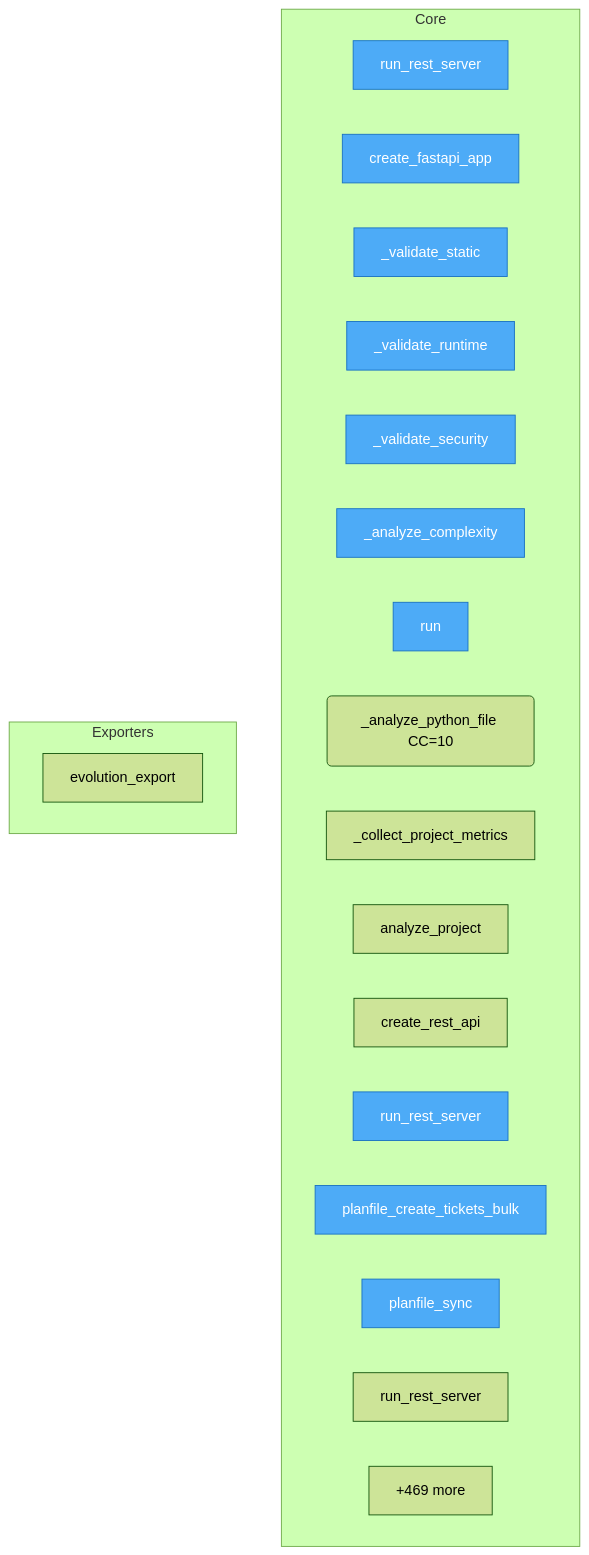
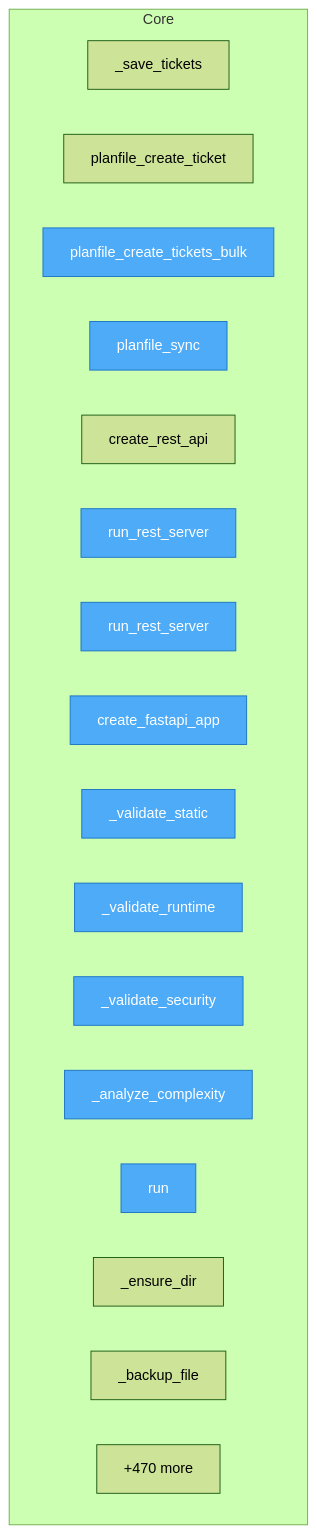
Before and after one commit to semcod/algitex: the diagram in project/flow.mmd, drawn with Mermaid (forest theme). The commit also changed 26 other files, not shown here.

```diff
--- a/project/flow.mmd
+++ b/project/flow.mmd
@@ -1,29 +1,25 @@
 flowchart TD
 
     %% Entry points (blue)
     classDef entry fill:#4dabf7,stroke:#1971c2,color:#fff
 
     subgraph Core
+        docker__planfile_mcp__planfile_mcp_server___save_tickets["_save_tickets"]
+        docker__planfile_mcp__planfile_mcp_server__planfile_create_ticket["planfile_create_ticket"]
+        docker__planfile_mcp__planfile_mcp_server__planfile_create_tickets_bulk["planfile_create_tickets_bulk"]
+        docker__planfile_mcp__planfile_mcp_server__planfile_sync["planfile_sync"]
+        docker__planfile_mcp__planfile_mcp_server__create_rest_api["create_rest_api"]
+        docker__planfile_mcp__planfile_mcp_server__run_rest_server["run_rest_server"]
         docker__aider_mcp__aider_mcp_server__run_rest_server["run_rest_server"]
         docker__vallm__vallm_server__VallmServer__create_fastapi_app["create_fastapi_app"]
         docker__vallm__vallm_server__VallmServer___validate_static["_validate_static"]
         docker__vallm__vallm_server__VallmServer___validate_runtime["_validate_runtime"]
         docker__vallm__vallm_server__VallmServer___validate_security["_validate_security"]
         docker__vallm__vallm_server__VallmServer___analyze_complexity["_analyze_complexity"]
         docker__vallm__vallm_server__VallmServer__run["run"]
-        docker__code2llm__code2llm_mcp_server___analyze_python_file("_analyze_python_file CC=10")
-        docker__code2llm__code2llm_mcp_server___collect_project_metrics["_collect_project_metrics"]
-        docker__code2llm__code2llm_mcp_server__analyze_project["analyze_project"]
-        docker__code2llm__code2llm_mcp_server__create_rest_api["create_rest_api"]
-        docker__code2llm__code2llm_mcp_server__run_rest_server["run_rest_server"]
-        docker__planfile_mcp__planfile_mcp_server__planfile_create_tickets_bulk["planfile_create_tickets_bulk"]
-        docker__planfile_mcp__planfile_mcp_server__planfile_sync["planfile_sync"]
-        docker__planfile_mcp__planfile_mcp_server__run_rest_server["run_rest_server"]
-        ...["+469 more"]
+        src__algitex__tools__config__ConfigManager___ensure_dir["_ensure_dir"]
+        src__algitex__tools__config__ConfigManager___backup_file["_backup_file"]
+        ...["+470 more"]
     end
 
-    subgraph Exporters
-        docker__code2llm__code2llm_mcp_server__evolution_export["evolution_export"]
-    end
-
-    class docker__aider_mcp__aider_mcp_server__run_rest_server,docker__vallm__vallm_server__VallmServer__create_fastapi_app,docker__vallm__vallm_server__VallmServer___validate_static,docker__vallm__vallm_server__VallmServer___validate_runtime,docker__vallm__vallm_server__VallmServer___validate_security,docker__vallm__vallm_server__VallmServer___analyze_complexity,docker__vallm__vallm_server__VallmServer__run,docker__code2llm__code2llm_mcp_server__run_rest_server,docker__planfile_mcp__planfile_mcp_server__planfile_create_tickets_bulk,docker__planfile_mcp__planfile_mcp_server__planfile_sync entry
+    class docker__planfile_mcp__planfile_mcp_server__planfile_create_tickets_bulk,docker__planfile_mcp__planfile_mcp_server__planfile_sync,docker__planfile_mcp__planfile_mcp_server__run_rest_server,docker__aider_mcp__aider_mcp_server__run_rest_server,docker__vallm__vallm_server__VallmServer__create_fastapi_app,docker__vallm__vallm_server__VallmServer___validate_static,docker__vallm__vallm_server__VallmServer___validate_runtime,docker__vallm__vallm_server__VallmServer___validate_security,docker__vallm__vallm_server__VallmServer___analyze_complexity,docker__vallm__vallm_server__VallmServer__run entry
```
